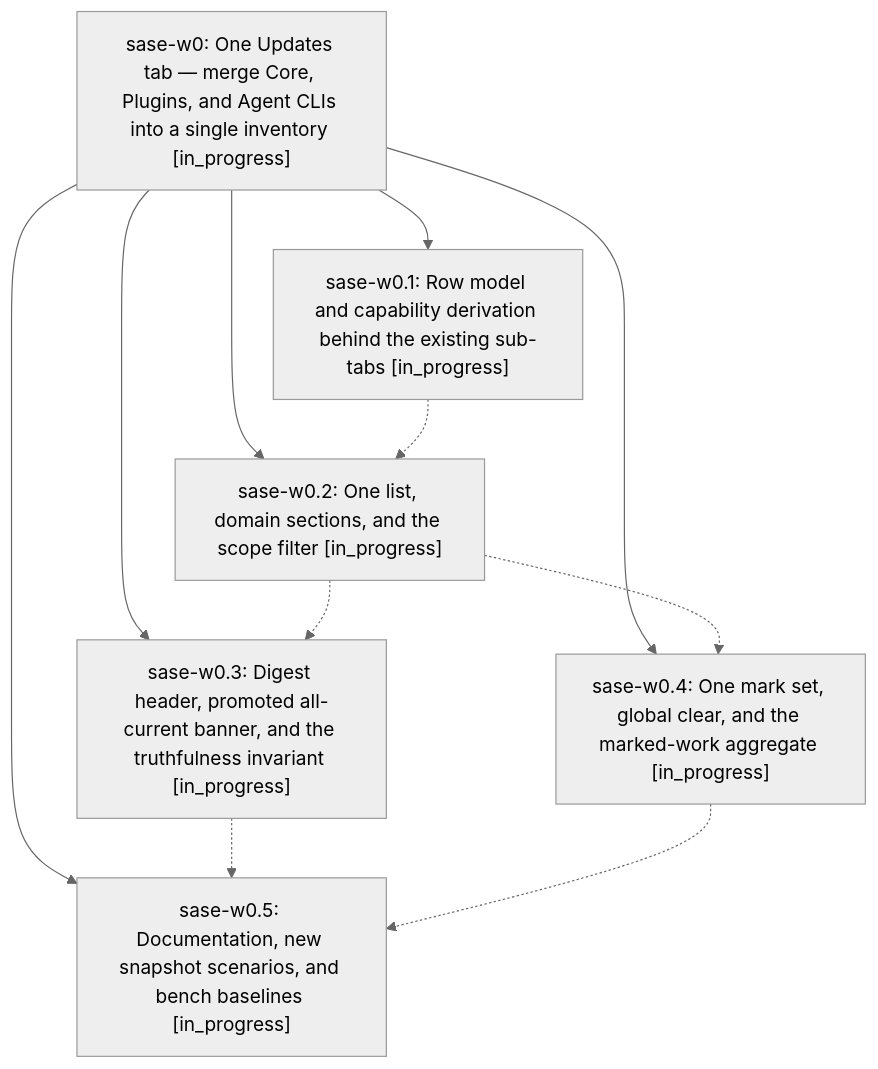
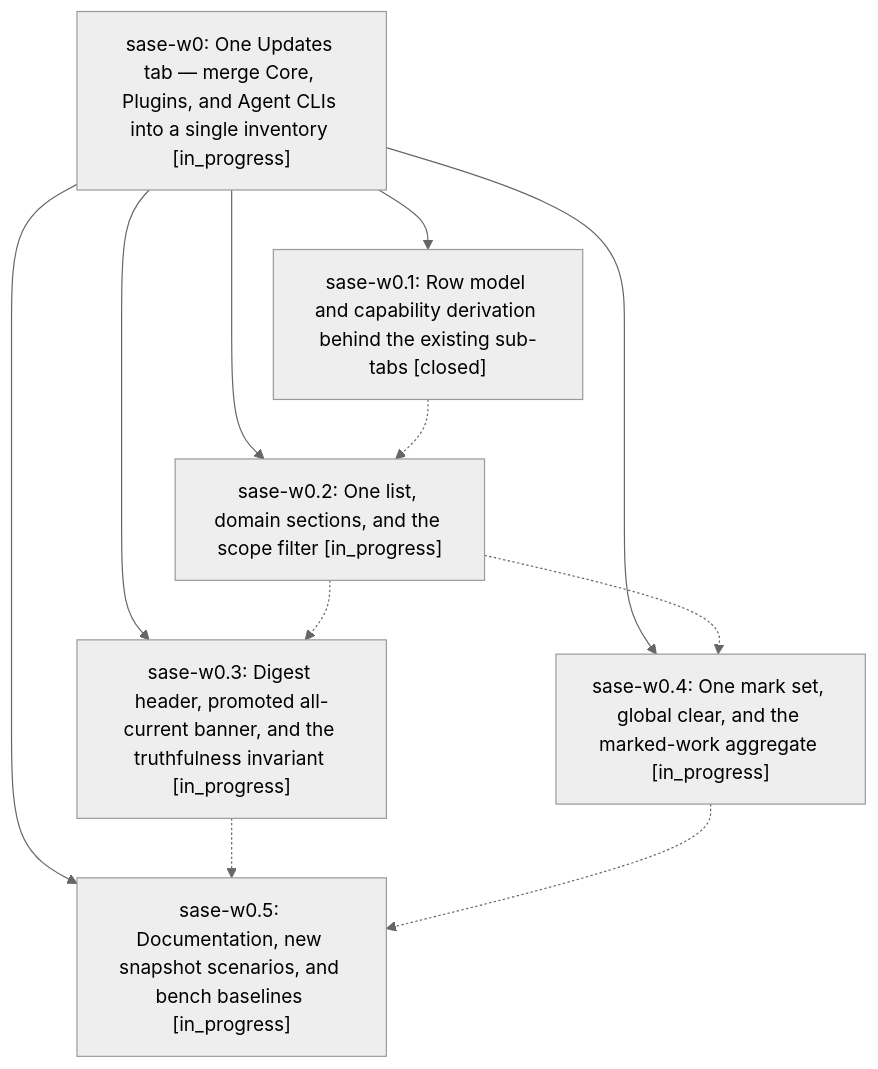
Before and after one commit to sase-org/sase--beads: the diagram in pages/sase-w0/README.md, drawn with Mermaid (neutral theme). The commit also changed other lines of this file and 2 other files, not shown here.

First line of the commit message:
chore(beads): sync bead state and pages for sase-w0

````diff
--- a/pages/sase-w0/README.md
+++ b/pages/sase-w0/README.md
@@ -38,19 +38,19 @@
 ```mermaid
 flowchart TD
     n0["sase-w0: One Updates tab — merge Core, Plugins, and Agent CLIs into a single inventory [in_progress]"]
-    n1["sase-w0.1: Row model and capability derivation behind the existing sub-tabs [in_progress]"]
+    n1["sase-w0.1: Row model and capability derivation behind the existing sub-tabs [closed]"]
     n2["sase-w0.2: One list, domain sections, and the scope filter [in_progress]"]
     n3["sase-w0.3: Digest header, promoted all-current banner, and the truthfulness invariant [in_progress]"]
     n4["sase-w0.4: One mark set, global clear, and the marked-work aggregate [in_progress]"]
     n5["sase-w0.5: Documentation, new snapshot scenarios, and bench baselines [in_progress]"]
     n0 --> n1
     n0 --> n2
     n0 --> n3
     n0 --> n4
     n0 --> n5
     n1 -.-> n2
     n2 -.-> n3
     n2 -.-> n4
     n3 -.-> n5
     n4 -.-> n5
 ```
````
